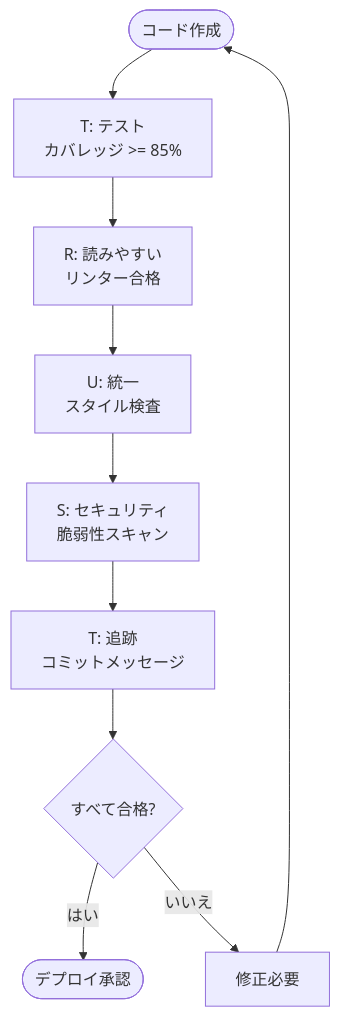
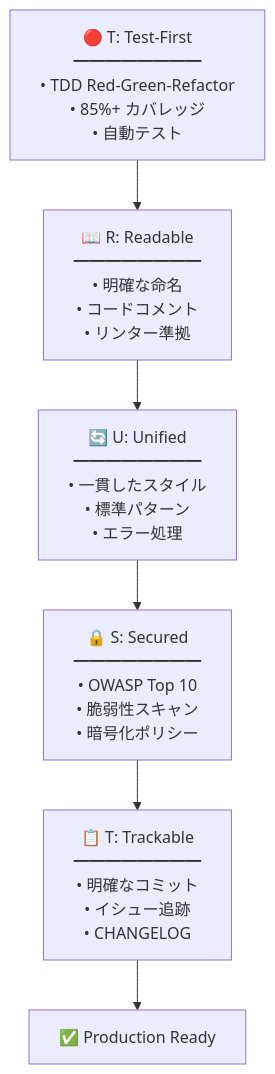
One commit to modu-ai/moai-adk changed the diagram in README.ja.md. Above: the diagram before and after it, drawn with Mermaid. The commit also changed other lines of this file and 4 other files, not shown here.

````diff
--- a/README.ja.md
+++ b/README.ja.md
@@ -2084,12 +805,10 @@
 ```mermaid
-flowchart TD
-    Start([コード作成]) --> T[T: テスト<br/>カバレッジ >= 85%]
-    T --> R[R: 読みやすい<br/>リンター合格]
-    R --> U[U: 統一<br/>スタイル検査]
-    U --> S[S: セキュリティ<br/>脆弱性スキャン]
-    S --> T2[T: 追跡<br/>コミットメッセージ]
-    T2 --> Pass{すべて合格?}
-    Pass -->|はい| Success([デプロイ承認])
-    Pass -->|いいえ| Fix[修正必要]
-    Fix --> Start
+graph TD
+    T1["🔴 T: Test-First<br/>━━━━━━━━<br/>• TDD Red-Green-Refactor<br/>• 85%+ カバレッジ<br/>• 自動テスト"]
+    R["📖 R: Readable<br/>━━━━━━━━<br/>• 明確な命名<br/>• コードコメント<br/>• リンター準拠"]
+    U["🔄 U: Unified<br/>━━━━━━━━<br/>• 一貫したスタイル<br/>• 標準パターン<br/>• エラー処理"]
+    S["🔒 S: Secured<br/>━━━━━━━━<br/>• OWASP Top 10<br/>• 脆弱性スキャン<br/>• 暗号化ポリシー"]
+    T2["📋 T: Trackable<br/>━━━━━━━━<br/>• 明確なコミット<br/>• イシュー追跡<br/>• CHANGELOG"]
+
+    T1 --> R --> U --> S --> T2 --> Deploy["✅ Production Ready"]
 ```
````
